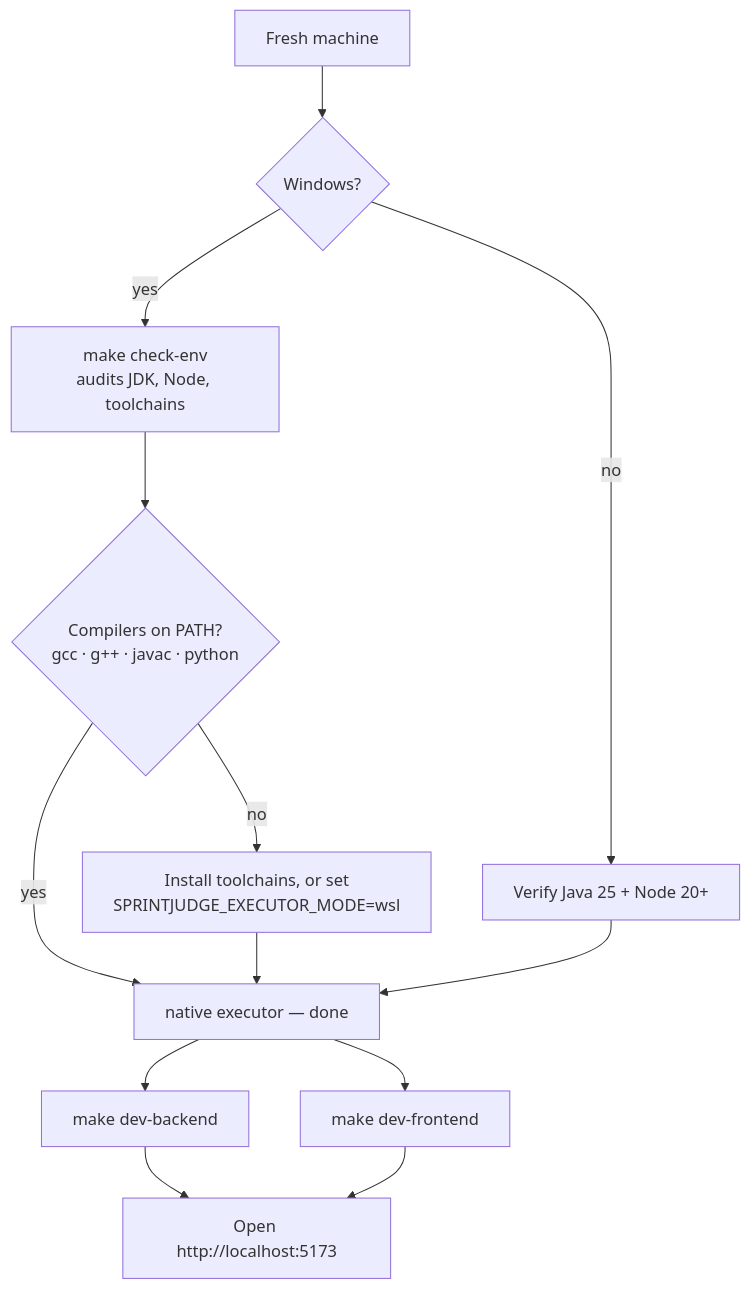
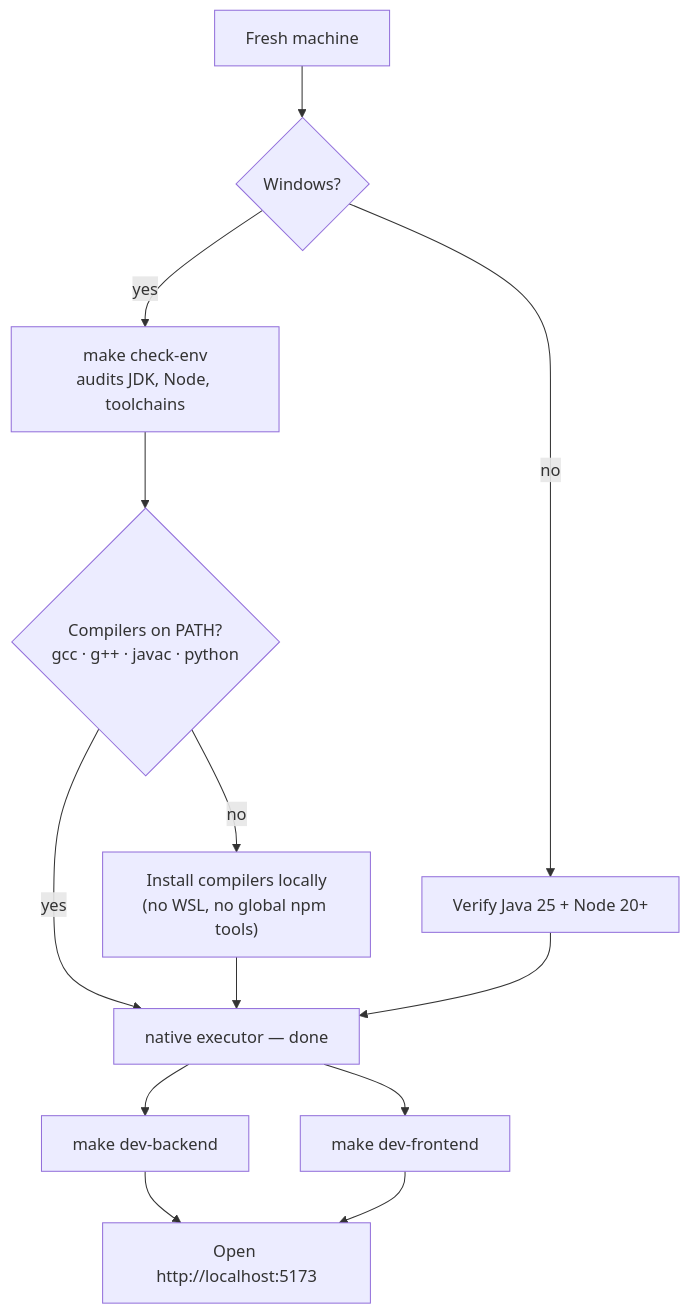
The first of 2 diagrams in docs/getting-started.md (richie-rich90454/SprintJudge), drawn with Mermaid before and after one commit. The commit also changed other lines of this file and 21 other files, not shown here.

````diff
--- a/docs/getting-started.md
+++ b/docs/getting-started.md
@@ -9,15 +9,15 @@
 ```mermaid
 flowchart TD
     A["Fresh machine"] --> B{"Windows?"}
     B -->|"yes"| C["make check-env<br/>audits JDK, Node, toolchains"]
     B -->|"no"| D["Verify Java 25 + Node 20+"]
     C --> E{"Compilers on PATH?<br/>gcc · g++ · javac · python"}
     E -->|"yes"| F["native executor — done"]
-    E -->|"no"| G["Install toolchains, or set<br/>SPRINTJUDGE_EXECUTOR_MODE=wsl"]
+    E -->|"no"| G["Install compilers locally<br/>(no WSL, no global npm tools)"]
     D --> F
     G --> F
     F --> H["make dev-backend"]
     F --> I["make dev-frontend"]
     H --> J["Open http://localhost:5173"]
     I --> J
 ```
````
